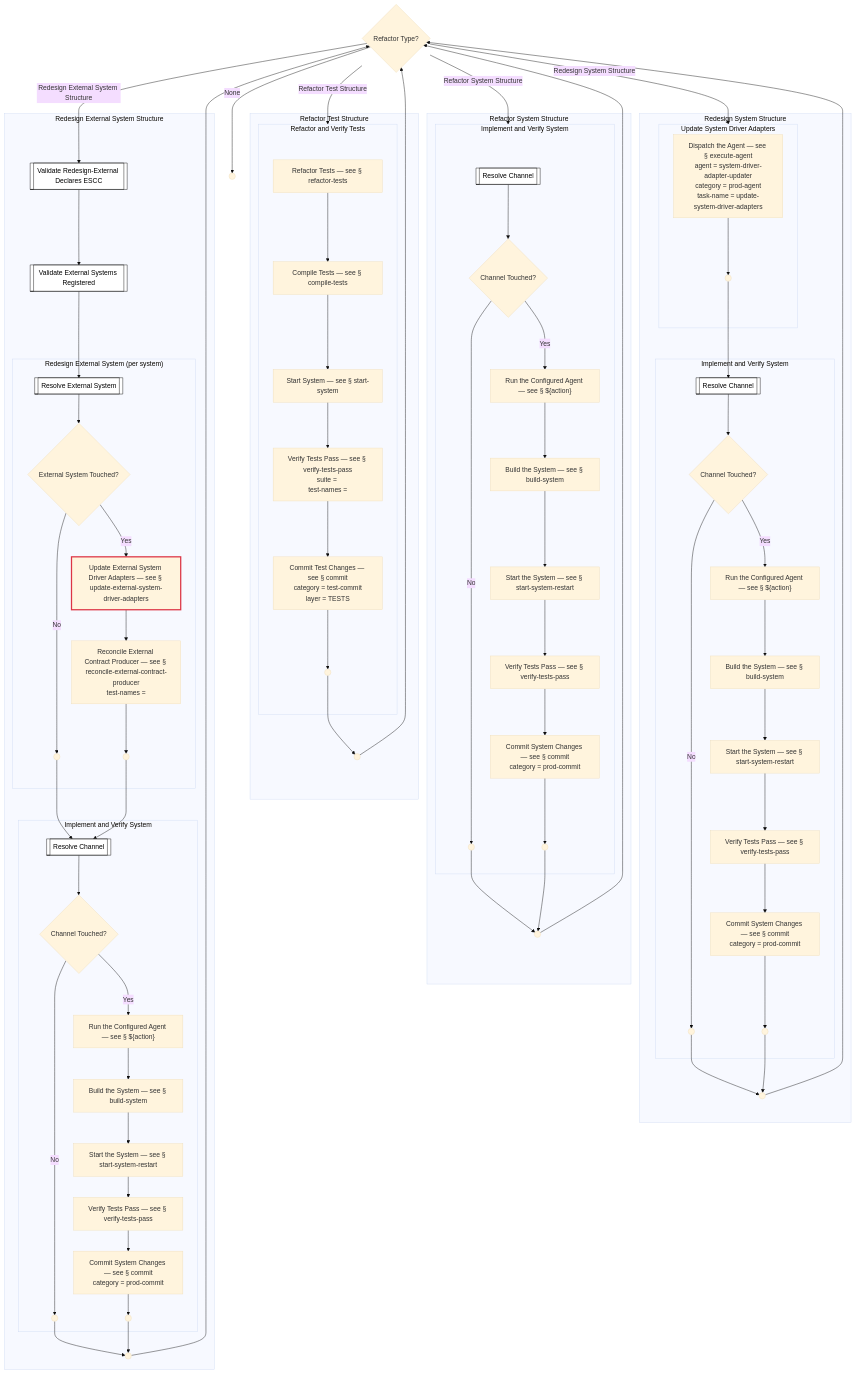
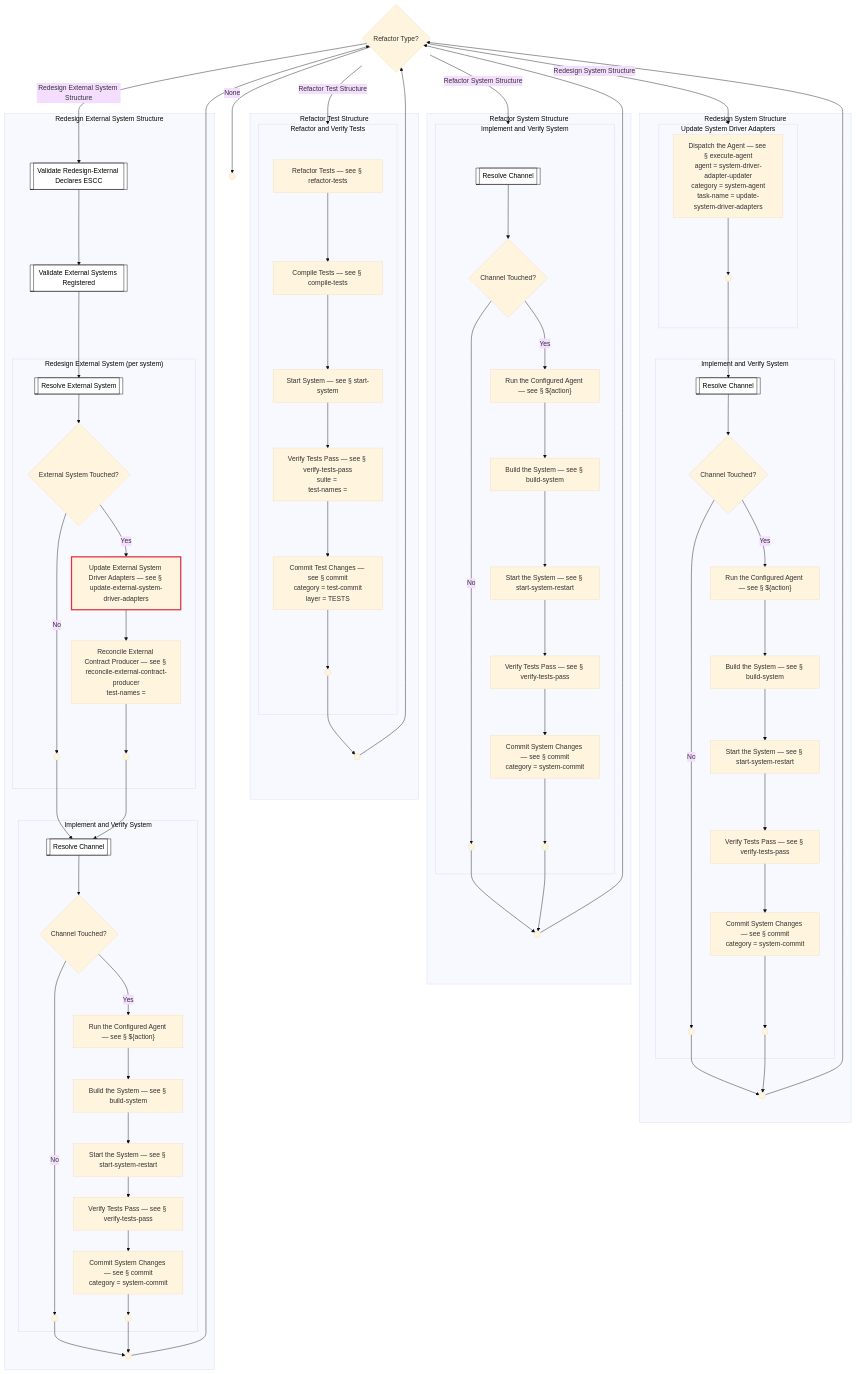
Diagram 11 of 11 in docs/process-diagram-expanded.md (optivem/gh-optivem), drawn with Mermaid (base theme) before and after one commit. The commit also changed other lines of this file and 12 other files, not shown here.

Commit message:
atdd: regenerate process-flow diagram

```diff
--- a/docs/process-diagram-expanded.md
+++ b/docs/process-diagram-expanded.md
@@ -766,7 +766,7 @@
     REFACTOR_SYSTEM_STRUCTURE__IMPLEMENT_AND_VERIFY_SYSTEM__BUILD_SYSTEM[Build the System — see § build-system]
     REFACTOR_SYSTEM_STRUCTURE__IMPLEMENT_AND_VERIFY_SYSTEM__START_SYSTEM[Start the System — see § start-system-restart]
     REFACTOR_SYSTEM_STRUCTURE__IMPLEMENT_AND_VERIFY_SYSTEM__VERIFY_TESTS_PASS[Verify Tests Pass — see § verify-tests-pass]
-    REFACTOR_SYSTEM_STRUCTURE__IMPLEMENT_AND_VERIFY_SYSTEM__COMMIT_SYSTEM["Commit System Changes — see § commit<br/>category = prod-commit"]
+    REFACTOR_SYSTEM_STRUCTURE__IMPLEMENT_AND_VERIFY_SYSTEM__COMMIT_SYSTEM["Commit System Changes — see § commit<br/>category = system-commit"]
     REFACTOR_SYSTEM_STRUCTURE__IMPLEMENT_AND_VERIFY_SYSTEM__IMPL_AND_VERIFY_SYSTEM_END(( ))
     end
     end
@@ -784,7 +784,7 @@
     subgraph REDESIGN_SYSTEM_STRUCTURE[Redesign System Structure]
     REDESIGN_SYSTEM_STRUCTURE__REDESIGN_END(( ))
     subgraph REDESIGN_SYSTEM_STRUCTURE__UPDATE_SYSTEM_DRIVER_ADAPTERS[Update System Driver Adapters]
-    REDESIGN_SYSTEM_STRUCTURE__UPDATE_SYSTEM_DRIVER_ADAPTERS__EXECUTE_AGENT["Dispatch the Agent — see § execute-agent<br/>agent = system-driver-adapter-updater<br/>category = prod-agent<br/>task-name = update-system-driver-adapters"]
+    REDESIGN_SYSTEM_STRUCTURE__UPDATE_SYSTEM_DRIVER_ADAPTERS__EXECUTE_AGENT["Dispatch the Agent — see § execute-agent<br/>agent = system-driver-adapter-updater<br/>category = system-agent<br/>task-name = update-system-driver-adapters"]
     REDESIGN_SYSTEM_STRUCTURE__UPDATE_SYSTEM_DRIVER_ADAPTERS__UPDATE_SYS_DA_END(( ))
     end
     subgraph REDESIGN_SYSTEM_STRUCTURE__IMPLEMENT_AND_VERIFY_SYSTEM[Implement and Verify System]
@@ -795,7 +795,7 @@
     REDESIGN_SYSTEM_STRUCTURE__IMPLEMENT_AND_VERIFY_SYSTEM__BUILD_SYSTEM[Build the System — see § build-system]
     REDESIGN_SYSTEM_STRUCTURE__IMPLEMENT_AND_VERIFY_SYSTEM__START_SYSTEM[Start the System — see § start-system-restart]
     REDESIGN_SYSTEM_STRUCTURE__IMPLEMENT_AND_VERIFY_SYSTEM__VERIFY_TESTS_PASS[Verify Tests Pass — see § verify-tests-pass]
-    REDESIGN_SYSTEM_STRUCTURE__IMPLEMENT_AND_VERIFY_SYSTEM__COMMIT_SYSTEM["Commit System Changes — see § commit<br/>category = prod-commit"]
+    REDESIGN_SYSTEM_STRUCTURE__IMPLEMENT_AND_VERIFY_SYSTEM__COMMIT_SYSTEM["Commit System Changes — see § commit<br/>category = system-commit"]
     REDESIGN_SYSTEM_STRUCTURE__IMPLEMENT_AND_VERIFY_SYSTEM__IMPL_AND_VERIFY_SYSTEM_END(( ))
     end
     end
@@ -819,7 +819,7 @@
     REDESIGN_EXTERNAL_SYSTEM_STRUCTURE__IMPLEMENT_AND_VERIFY_SYSTEM__BUILD_SYSTEM[Build the System — see § build-system]
     REDESIGN_EXTERNAL_SYSTEM_STRUCTURE__IMPLEMENT_AND_VERIFY_SYSTEM__START_SYSTEM[Start the System — see § start-system-restart]
     REDESIGN_EXTERNAL_SYSTEM_STRUCTURE__IMPLEMENT_AND_VERIFY_SYSTEM__VERIFY_TESTS_PASS[Verify Tests Pass — see § verify-tests-pass]
-    REDESIGN_EXTERNAL_SYSTEM_STRUCTURE__IMPLEMENT_AND_VERIFY_SYSTEM__COMMIT_SYSTEM["Commit System Changes — see § commit<br/>category = prod-commit"]
+    REDESIGN_EXTERNAL_SYSTEM_STRUCTURE__IMPLEMENT_AND_VERIFY_SYSTEM__COMMIT_SYSTEM["Commit System Changes — see § commit<br/>category = system-commit"]
     REDESIGN_EXTERNAL_SYSTEM_STRUCTURE__IMPLEMENT_AND_VERIFY_SYSTEM__IMPL_AND_VERIFY_SYSTEM_END(( ))
     end
     end
```
